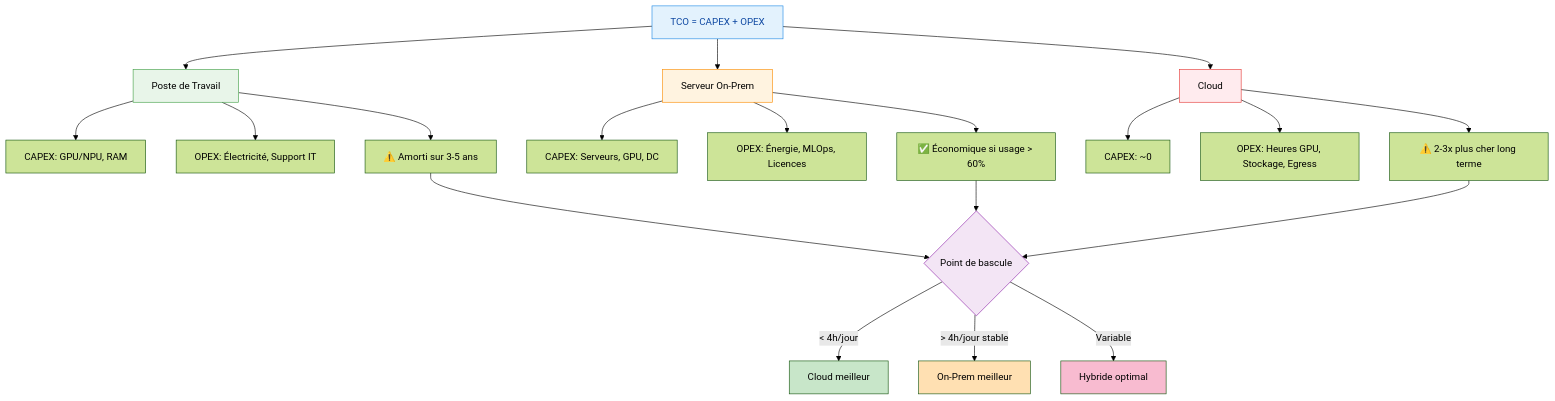
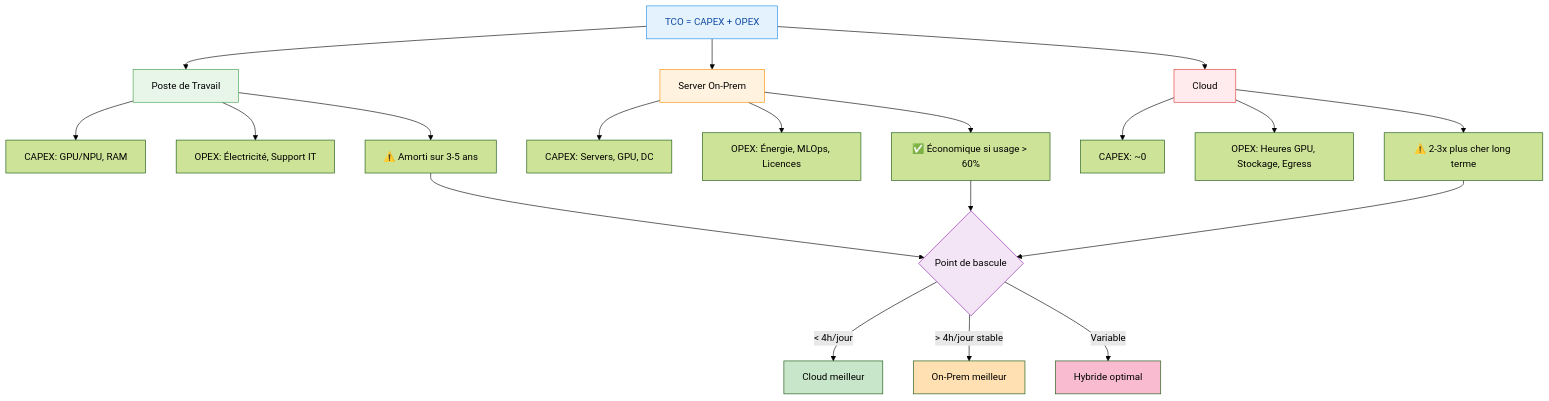
One commit to brunseba/ai-tech-watch changed the diagram in docs/cost-economics/tco-analysis.md. Above: the diagram before and after it, drawn with Mermaid (forest theme). The commit also changed other lines of this file and 24 other files, not shown here.

````diff
--- a/docs/cost-economics/tco-analysis.md
+++ b/docs/cost-economics/tco-analysis.md
@@ -14,35 +14,35 @@
 ```mermaid
 graph TD
     A[TCO = CAPEX + OPEX] --> B[Poste de Travail]
-    A --> C[Serveur On-Prem]
+    A --> C[Server On-Prem]
     A --> D[Cloud]
     
     B --> B1[CAPEX: GPU/NPU, RAM]
     B --> B2[OPEX: Électricité, Support IT]
     B --> B3[⚠️ Amorti sur 3-5 ans]
     
-    C --> C1[CAPEX: Serveurs, GPU, DC]
+    C --> C1[CAPEX: Servers, GPU, DC]
     C --> C2[OPEX: Énergie, MLOps, Licences]
     C --> C3[✅ Économique si usage > 60%]
     
     D --> D1[CAPEX: ~0]
     D --> D2[OPEX: Heures GPU, Stockage, Egress]
     D --> D3[⚠️ 2-3x plus cher long terme]
     
     B3 --> E{Point de bascule}
     C3 --> E
     D3 --> E
     
     E -->|< 4h/jour| F[Cloud meilleur]
     E -->|> 4h/jour stable| G[On-Prem meilleur]
     E -->|Variable| H[Hybride optimal]
     
     style A fill:#e3f2fd,stroke:#1e88e5,color:#0d47a1
     style B fill:#e8f5e9,stroke:#43a047
     style C fill:#fff3e0,stroke:#fb8c00
     style D fill:#ffebee,stroke:#e53935
     style E fill:#f3e5f5,stroke:#8e24aa
     style F fill:#c8e6c9
     style G fill:#ffe0b2
     style H fill:#f8bbd0
 ```
````
